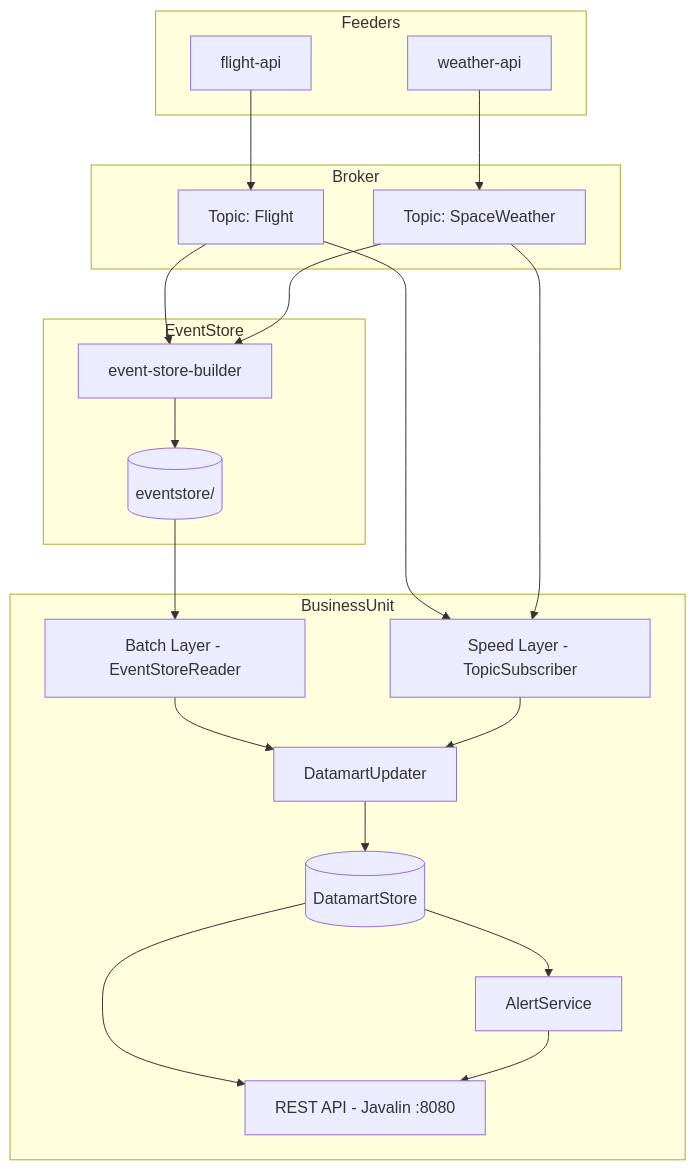
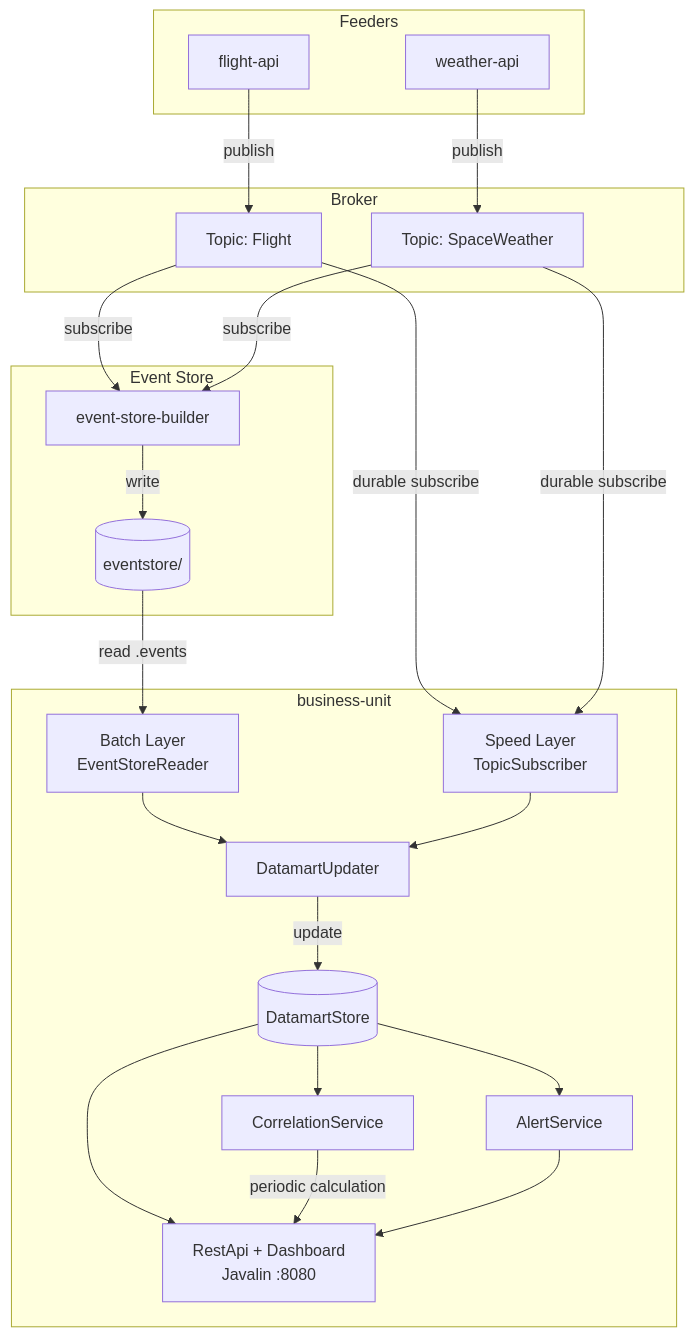
The first of 5 diagrams in README.md (dacd-projects/skywatch), drawn with Mermaid before and after one commit. The commit also changed other lines of this file, not shown here.

Commit message:
README with architecture diagrams, API examples and design principles

````diff
--- a/README.md
+++ b/README.md
@@ -34,43 +40,46 @@
 ```mermaid
 graph TD
     subgraph Feeders
         FA[flight-api]
         WA[weather-api]
     end
-
+ 
     subgraph Broker
         TF[Topic: Flight]
         TW[Topic: SpaceWeather]
     end
-
-    subgraph EventStore
+ 
+    subgraph Event Store
         ESB[event-store-builder]
         ES[(eventstore/)]
     end
-
-    subgraph BusinessUnit
-        BL[Batch Layer - EventStoreReader]
-        SL[Speed Layer - TopicSubscriber]
+ 
+    subgraph business-unit
+        BL[Batch Layer<br>EventStoreReader]
+        SL[Speed Layer<br>TopicSubscriber]
         DU[DatamartUpdater]
         DM[(DatamartStore)]
+        CS[CorrelationService]
         AS[AlertService]
-        API[REST API - Javalin :8080]
+        API[RestApi + Dashboard<br>Javalin :8080]
     end
-
-    FA --> TF
-    WA --> TW
-    TF --> ESB
-    TW --> ESB
-    ESB --> ES
-
-    ES --> BL
-    TF --> SL
-    TW --> SL
-
+ 
+    FA -->|publish| TF
+    WA -->|publish| TW
+    TF -->|subscribe| ESB
+    TW -->|subscribe| ESB
+    ESB -->|write| ES
+ 
+    ES -->|read .events| BL
+    TF -->|durable subscribe| SL
+    TW -->|durable subscribe| SL
+ 
     BL --> DU
     SL --> DU
-    DU --> DM
+    DU -->|update| DM
+    DM --> CS
     DM --> AS
     DM --> API
+    CS -->|periodic calculation| API
     AS --> API
 ```
````
